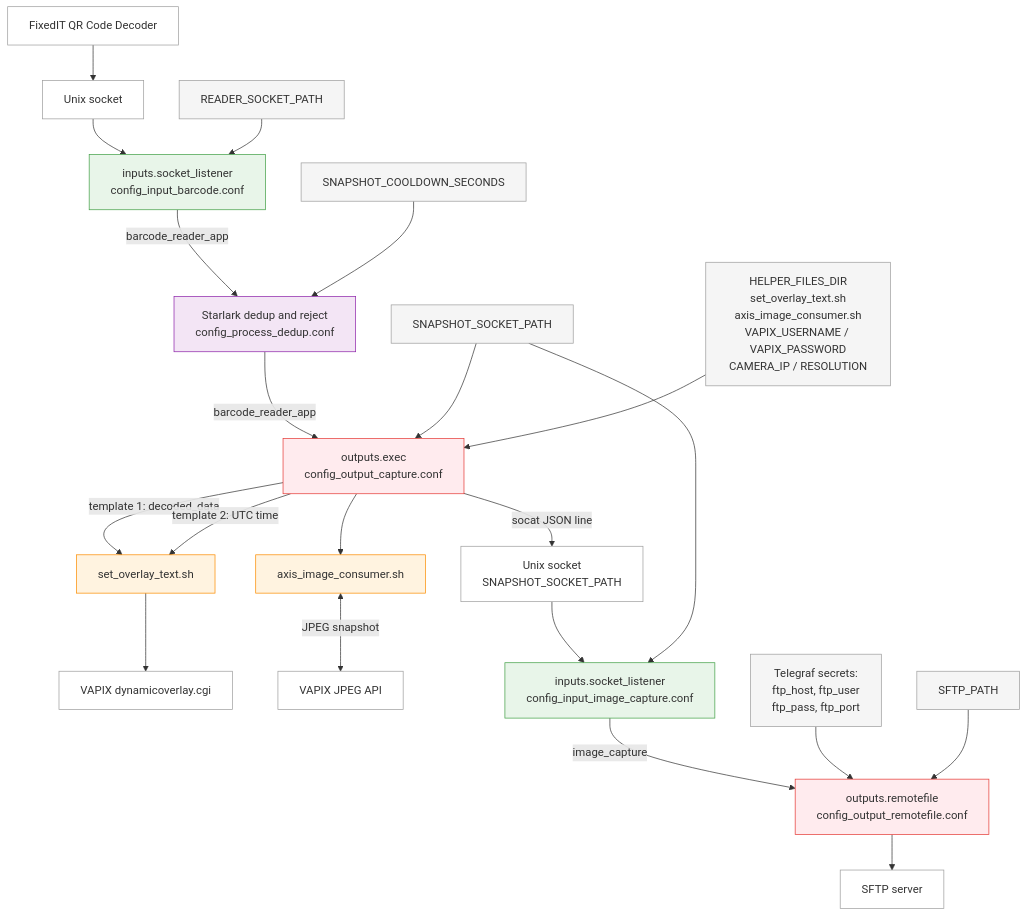
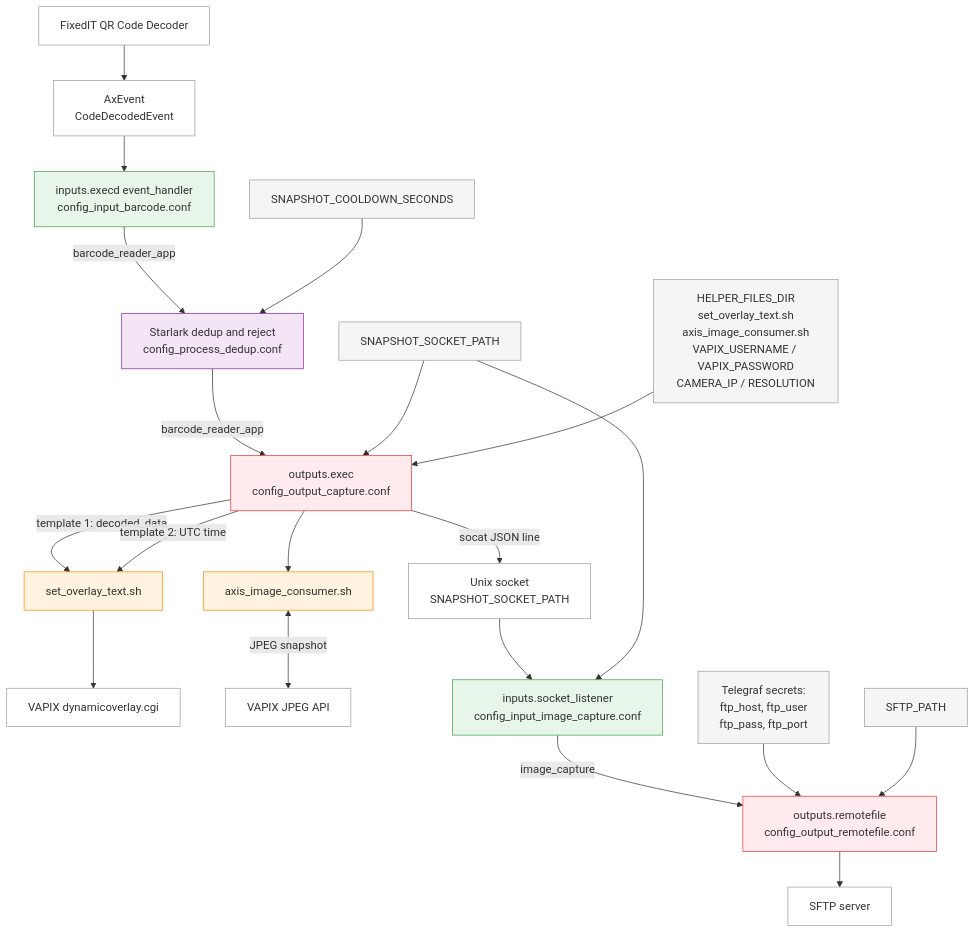
One commit to fixedit-ai/fixedit-data-agent-examples changed the diagram in project-sftp-upload-of-qr-codes/README.md. Above: the diagram before and after it, drawn with Mermaid. The commit also changed other lines of this file and 3 other files, not shown here.

````diff
--- a/project-sftp-upload-of-qr-codes/README.md
+++ b/project-sftp-upload-of-qr-codes/README.md
@@ -9,54 +9,51 @@
 ```mermaid
 flowchart TD
-    QR["FixedIT QR Code Decoder"] --> SOCK["Unix socket"]
-    SOCK --> IN["inputs.socket_listener<br/>config_input_barcode.conf"]
+    QR["FixedIT QR Code Decoder"] --> EVT["AxEvent<br/>CodeDecodedEvent"]
+    EVT --> IN["inputs.execd event_handler<br/>config_input_barcode.conf"]
     IN -->|barcode_reader_app| STAR["Starlark dedup and reject<br/>config_process_dedup.conf"]
     STAR -->|barcode_reader_app| CAP["outputs.exec<br/>config_output_capture.conf"]
 
     CAP -->|template 1: decoded_data| OVERLAY["set_overlay_text.sh"]
     CAP -->|template 2: UTC time| OVERLAY
     OVERLAY --> VAPIX_OVL["VAPIX dynamicoverlay.cgi"]
 
     CAP --> IMG["axis_image_consumer.sh"]
     IMG <-->|JPEG snapshot| VAPIX_JPG["VAPIX JPEG API"]
 
     CAP -->|socat JSON line| SNAP_SOCK["Unix socket<br/>SNAPSHOT_SOCKET_PATH"]
     SNAP_SOCK --> IN2["inputs.socket_listener<br/>config_input_image_capture.conf"]
     IN2 -->|image_capture| RF["outputs.remotefile<br/>config_output_remotefile.conf"]
     RF --> SFTP["SFTP server"]
 
-    XSocket["READER_SOCKET_PATH"]
     XSnapSock["SNAPSHOT_SOCKET_PATH"]
     XCooldown["SNAPSHOT_COOLDOWN_SECONDS"]
     XScripts["HELPER_FILES_DIR<br/>set_overlay_text.sh<br/>axis_image_consumer.sh<br/>VAPIX_USERNAME / VAPIX_PASSWORD<br/>CAMERA_IP / RESOLUTION"]
     XSftpSecrets["Telegraf secrets:<br/>ftp_host, ftp_user<br/>ftp_pass, ftp_port"]
     XSftpPath["SFTP_PATH"]
 
-    XSocket --> IN
     XSnapSock --> CAP
     XSnapSock --> IN2
     XCooldown --> STAR
     XScripts --> CAP
     XSftpSecrets --> RF
     XSftpPath --> RF
 
     style QR fill:#ffffff,stroke:#9e9e9e
-    style SOCK fill:#ffffff,stroke:#9e9e9e
+    style EVT fill:#ffffff,stroke:#9e9e9e
     style IN fill:#e8f5e9,stroke:#43a047
     style STAR fill:#f3e5f5,stroke:#8e24aa
     style CAP fill:#ffebee,stroke:#e53935
     style OVERLAY fill:#fff3e0,stroke:#fb8c00
     style IMG fill:#fff3e0,stroke:#fb8c00
     style VAPIX_OVL fill:#ffffff,stroke:#9e9e9e
     style VAPIX_JPG fill:#ffffff,stroke:#9e9e9e
     style SNAP_SOCK fill:#ffffff,stroke:#9e9e9e
     style IN2 fill:#e8f5e9,stroke:#43a047
     style RF fill:#ffebee,stroke:#e53935
     style SFTP fill:#ffffff,stroke:#9e9e9e
-    style XSocket fill:#f5f5f5,stroke:#9e9e9e
     style XSnapSock fill:#f5f5f5,stroke:#9e9e9e
     style XCooldown fill:#f5f5f5,stroke:#9e9e9e
     style XScripts fill:#f5f5f5,stroke:#9e9e9e
     style XSftpSecrets fill:#f5f5f5,stroke:#9e9e9e
     style XSftpPath fill:#f5f5f5,stroke:#9e9e9e
 ```
````
